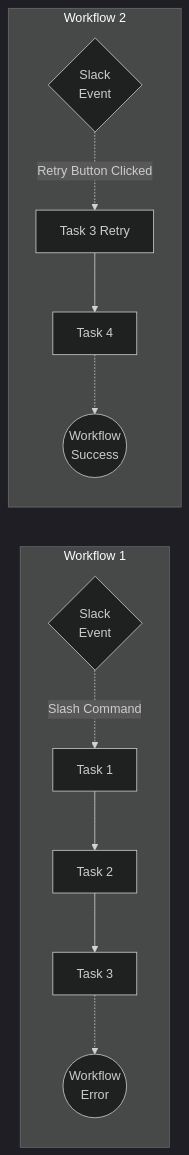
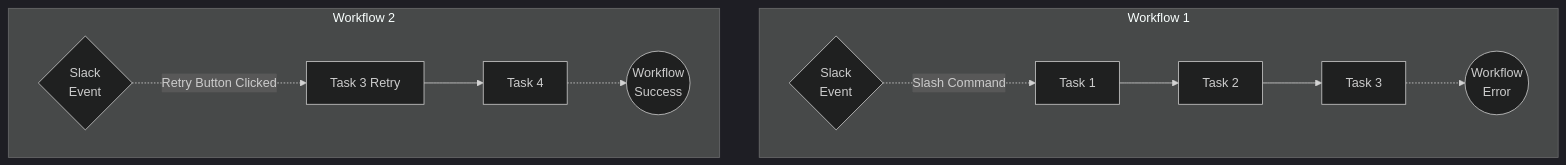
One commit to autokitteh/kittehub changed the diagram in task_chain/README.md. Above: the diagram before and after it, drawn with Mermaid (dark theme).

Commit message:
Fix flowchart

````diff
--- a/task_chain/README.md
+++ b/task_chain/README.md
@@ -19,22 +19,24 @@
 ```mermaid
-flowchart LR
+flowchart TB
     slack1{"`Slack
     Event`"}
     slack2{"`Slack
     Event`"}
     task1[Task 1]
     task2[Task 2]
     task3a[Task 3]
     task3b[Task 3 Retry]
     task4[Task 4]
     error(("`Workflow
     Error`"))
     success(("`Workflow
     Success`"))
     subgraph Workflow 1
-    slack1 -. Slash Command .-> task1 --> task2 --> task3a -.-> error
+      direction LR
+      slack1 -. Slash Command .-> task1 --> task2 --> task3a -.-> error
     end
     subgraph Workflow 2
-    slack2 -. Retry Button Clicked .-> task3b --> task4 -.-> success
+      direction LR
+      slack2 -. Retry Button Clicked .-> task3b --> task4 -.-> success
     end
 ```
````
